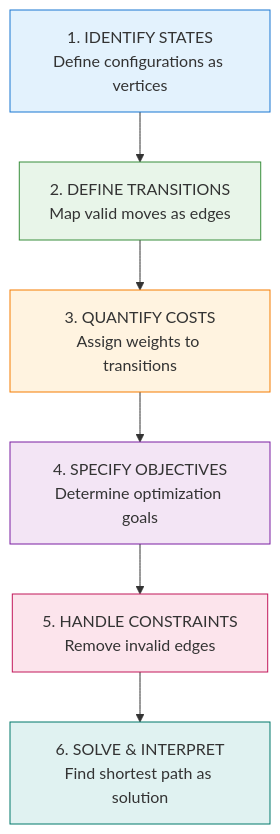
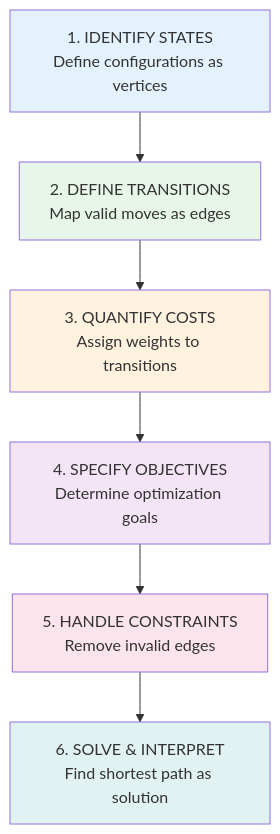
Before and after one commit to danielchen26/OptimShortestPaths.jl: the second of 2 diagrams in examples/comprehensive_demo/DASHBOARD.md, drawn with Mermaid. The commit also changed other lines of this file, not shown here.

Commit message:
fix: simplify Mermaid syntax for GitHub rendering compatibility
Mermaid diagrams were not displaying correctly on GitHub.

Simplified syntax for better compatibility:
- Framework Overview diagram: Removed <br/> line breaks, simplified stroke syntax
- Six-Step Process diagram: Split chained arrows, removed complex stroke parameters
- Both diagrams: Kept fill colors, removed stroke-width specifications

Changes:
- A[Text<br/>More] → A[Text More] (no HTML entities)
- A --> B --> C → separate A --> B, B --> C (more compatible)
- style X fill:#color,stroke:#color,stroke-width:2px → style X fill:#color

These changes ensure Mermaid renders on GitHub's parser.
Diagrams remain professional and clear, just with simpler syntax.

Tested syntax is compatible with GitHub's Mermaid renderer (2022+).

````diff
--- a/examples/comprehensive_demo/DASHBOARD.md
+++ b/examples/comprehensive_demo/DASHBOARD.md
@@ -52,18 +52,22 @@
 ```mermaid
 flowchart TD
-    A["1. IDENTIFY STATES<br/>Define configurations as vertices"]
-    B["2. DEFINE TRANSITIONS<br/>Map valid moves as edges"]
-    C["3. QUANTIFY COSTS<br/>Assign weights to transitions"]
-    D["4. SPECIFY OBJECTIVES<br/>Determine optimization goals"]
-    E["5. HANDLE CONSTRAINTS<br/>Remove invalid edges"]
-    F["6. SOLVE & INTERPRET<br/>Find shortest path as solution"]
+    A[1. IDENTIFY STATES<br/>Define configurations as vertices]
+    B[2. DEFINE TRANSITIONS<br/>Map valid moves as edges]
+    C[3. QUANTIFY COSTS<br/>Assign weights to transitions]
+    D[4. SPECIFY OBJECTIVES<br/>Determine optimization goals]
+    E[5. HANDLE CONSTRAINTS<br/>Remove invalid edges]
+    F[6. SOLVE & INTERPRET<br/>Find shortest path as solution]
 
-    A --> B --> C --> D --> E --> F
+    A --> B
+    B --> C
+    C --> D
+    D --> E
+    E --> F
 
-    style A fill:#E3F2FD,stroke:#1976D2
-    style B fill:#E8F5E9,stroke:#388E3C
-    style C fill:#FFF3E0,stroke:#F57C00
-    style D fill:#F3E5F5,stroke:#7B1FA2
-    style E fill:#FCE4EC,stroke:#C2185B
-    style F fill:#E0F2F1,stroke:#00796B
+    style A fill:#E3F2FD
+    style B fill:#E8F5E9
+    style C fill:#FFF3E0
+    style D fill:#F3E5F5
+    style E fill:#FCE4EC
+    style F fill:#E0F2F1
 ```
````
